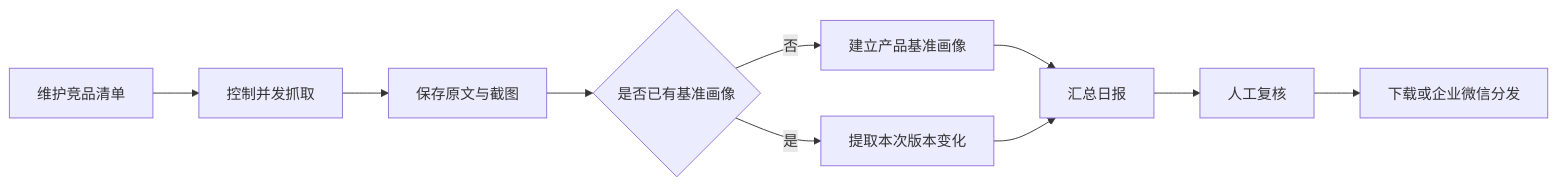
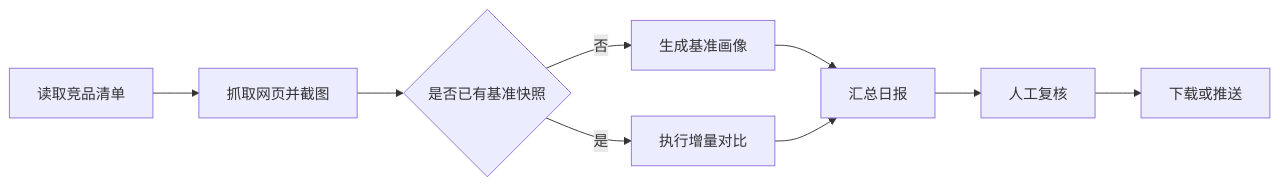
The diagram in README.md (juin20260102-oss/aigc-competitor-agent-intelligence), drawn with Mermaid before and after one commit. The commit also changed other lines of this file, not shown here.

````diff
--- a/README.md
+++ b/README.md
@@ -41,12 +27,11 @@
 ```mermaid
 flowchart LR
-    A[维护竞品清单] --> B[控制并发抓取]
-    B --> C[保存原文与截图]
-    C --> D{是否已有基准画像}
-    D -- 否 --> E[建立产品基准画像]
-    D -- 是 --> F[提取本次版本变化]
-    E --> G[汇总日报]
-    F --> G
-    G --> H[人工复核]
-    H --> I[下载或企业微信分发]
+    A[读取竞品清单] --> B[抓取网页并截图]
+    B --> C{是否已有基准快照}
+    C -- 否 --> D[生成基准画像]
+    C -- 是 --> E[执行增量对比]
+    D --> F[汇总日报]
+    E --> F
+    F --> G[人工复核]
+    G --> H[下载或推送]
 ```
````
